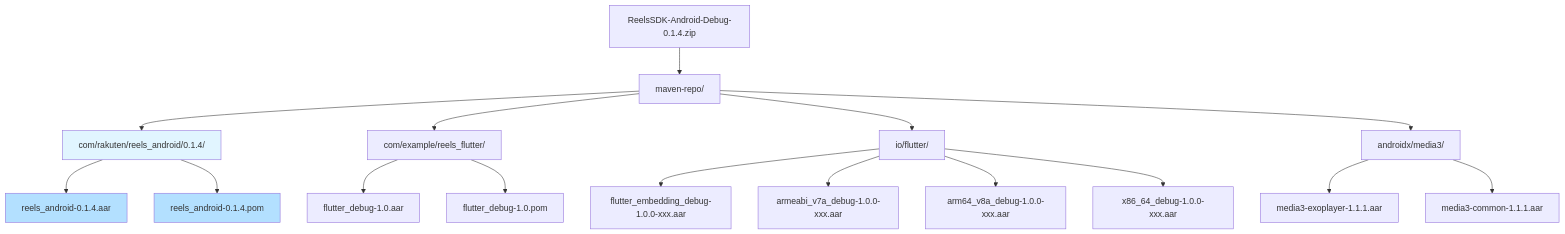
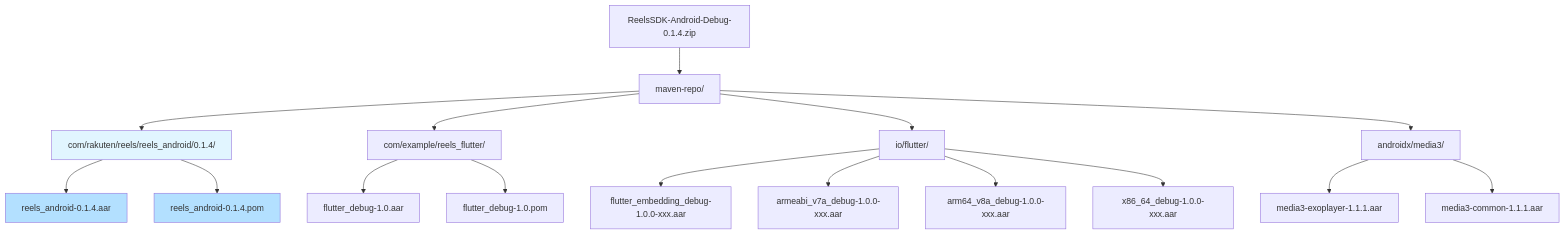
The second of 2 diagrams in docs/02-Integration/02-Android-Integration-Guide.md (ahmed-eishon/Reels-SDK), drawn with Mermaid before and after one commit. The commit also changed other lines of this file and 3 other files, not shown here.

First line of the commit message:
docs: Update Android documentation for Maven integration and architecture

````diff
--- a/docs/02-Integration/02-Android-Integration-Guide.md
+++ b/docs/02-Integration/02-Android-Integration-Guide.md
@@ -210,26 +210,26 @@
 ```mermaid
 graph TD
     A[ReelsSDK-Android-Debug-0.1.4.zip] --> B[maven-repo/]
-    B --> C[com/rakuten/reels_android/0.1.4/]
+    B --> C[com/rakuten/reels/reels_android/0.1.4/]
     B --> D[com/example/reels_flutter/]
     B --> E[io/flutter/]
     B --> F[androidx/media3/]
 
     C --> C1[reels_android-0.1.4.aar]
     C --> C2[reels_android-0.1.4.pom]
 
     D --> D1[flutter_debug-1.0.aar]
     D --> D2[flutter_debug-1.0.pom]
 
     E --> E1[flutter_embedding_debug-1.0.0-xxx.aar]
     E --> E2[armeabi_v7a_debug-1.0.0-xxx.aar]
     E --> E3[arm64_v8a_debug-1.0.0-xxx.aar]
     E --> E4[x86_64_debug-1.0.0-xxx.aar]
 
     F --> F1[media3-exoplayer-1.1.1.aar]
     F --> F2[media3-common-1.1.1.aar]
 
     style C fill:#e1f5ff
     style C1 fill:#b3e0ff
     style C2 fill:#b3e0ff
 ```
````
